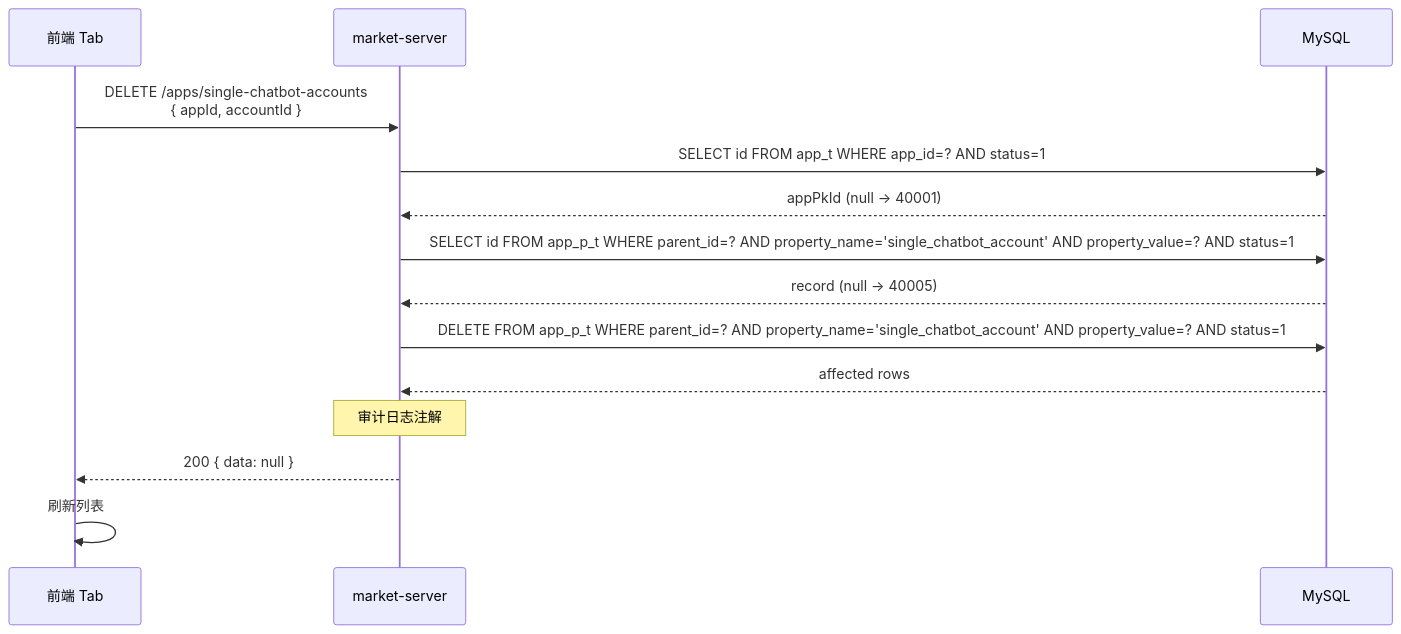
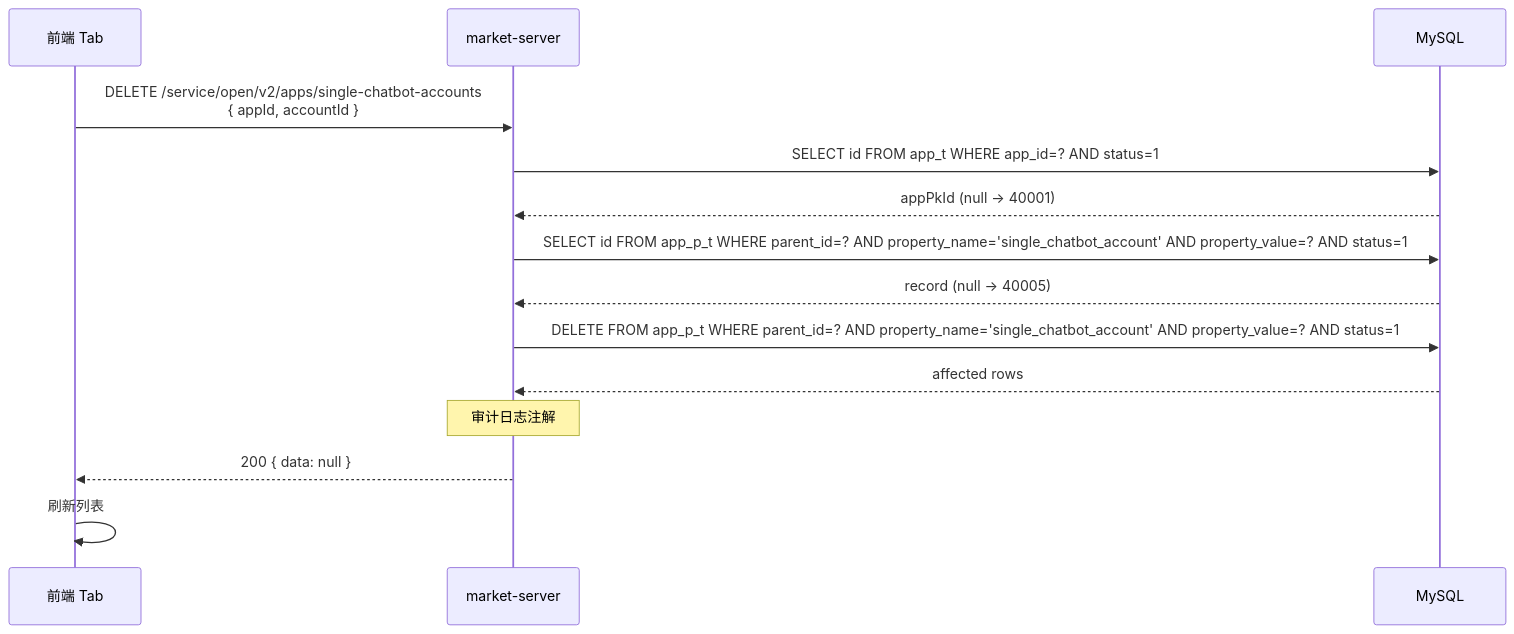
One commit to THZSummer/open-app changed the seventh of 8 diagrams in docs/market-server/app-chatbot-bindtab-requirement.md. Above: the diagram before and after it, drawn with Mermaid. The commit also changed other lines of this file and 2 other files, not shown here.

First line of the commit message:
feat(chatbot-bindtab): spec v2.0 - contact API validation + tag layout

````diff
--- a/docs/market-server/app-chatbot-bindtab-requirement.md
+++ b/docs/market-server/app-chatbot-bindtab-requirement.md
@@ -477,17 +493,17 @@
 ```mermaid
 sequenceDiagram
     participant FE as 前端 Tab
     participant MS as market-server
     participant DB as MySQL
 
-    FE->>MS: DELETE /apps/single-chatbot-accounts<br/>{ appId, accountId }
+    FE->>MS: DELETE /service/open/v2/apps/single-chatbot-accounts<br/>{ appId, accountId }
     MS->>DB: SELECT id FROM app_t WHERE app_id=? AND status=1
     DB-->>MS: appPkId (null → 40001)
     MS->>DB: SELECT id FROM app_p_t WHERE parent_id=? AND property_name='single_chatbot_account' AND property_value=? AND status=1
     DB-->>MS: record (null → 40005)
     MS->>DB: DELETE FROM app_p_t WHERE parent_id=? AND property_name='single_chatbot_account' AND property_value=? AND status=1
     DB-->>MS: affected rows
     Note over MS: 审计日志注解
     MS-->>FE: 200 { data: null }
     FE->>FE: 刷新列表
 ```
````
